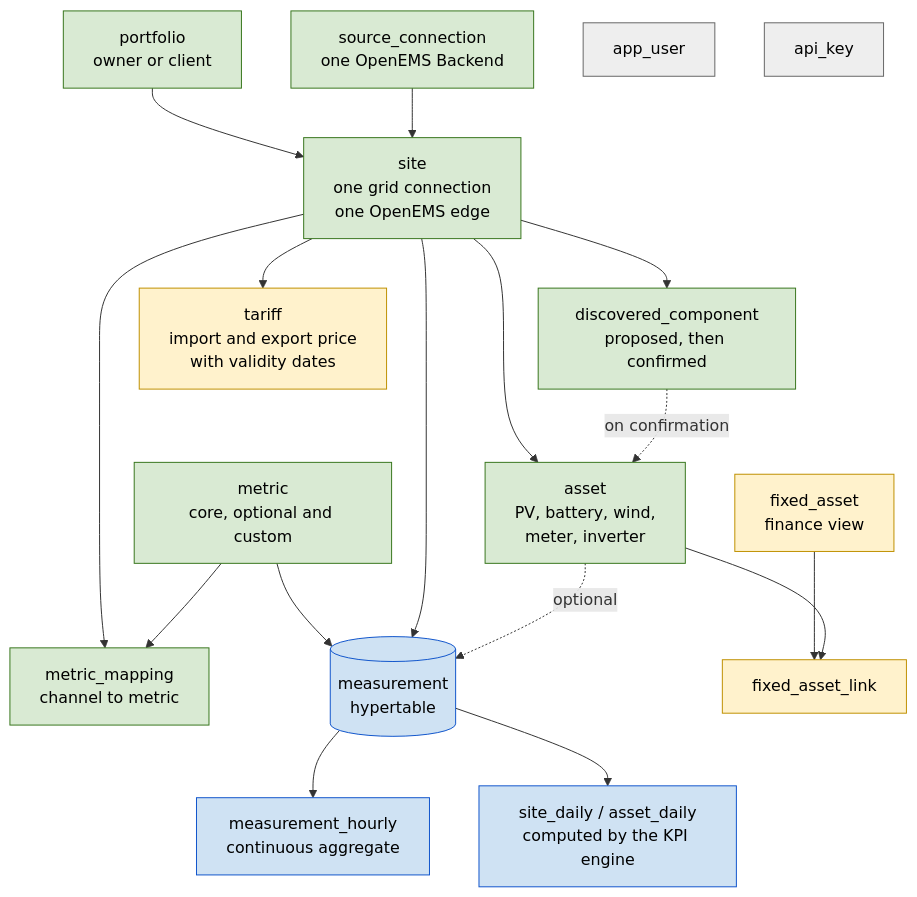
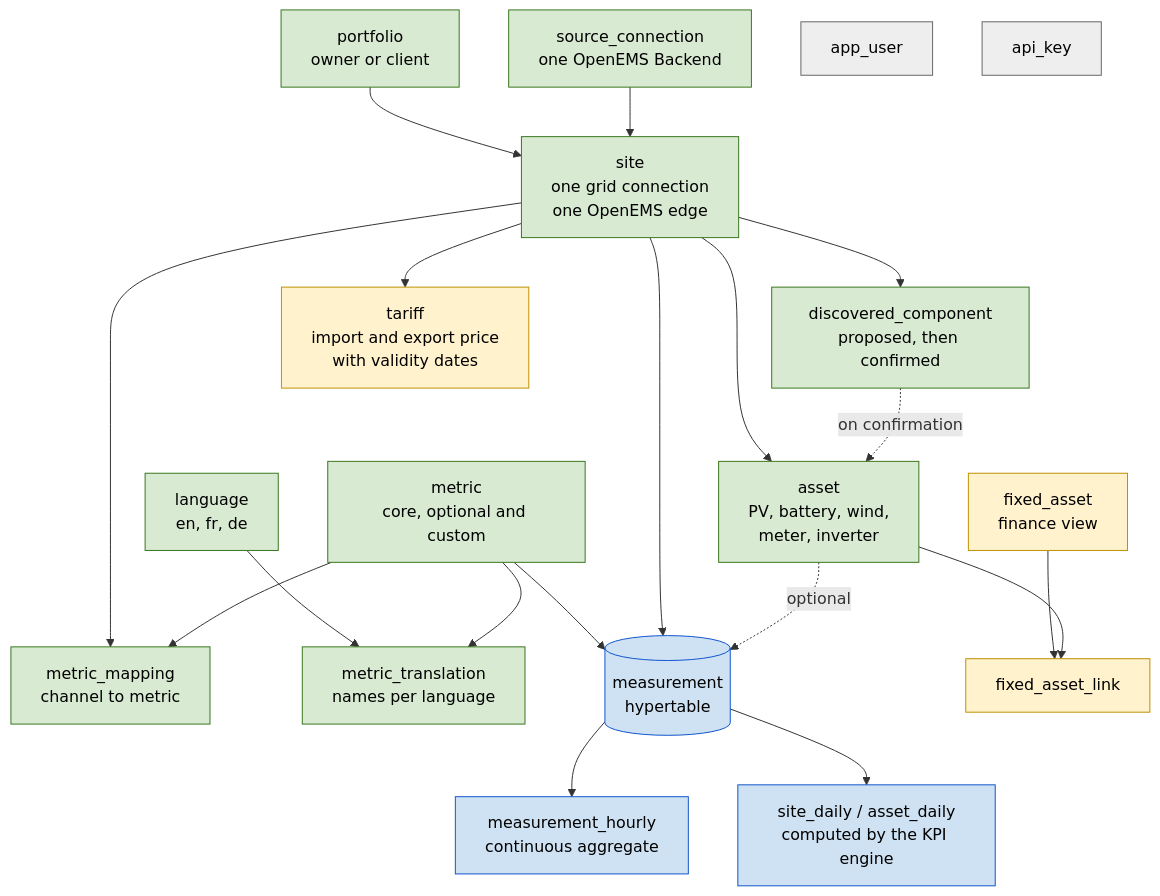
One commit to OpenFoundationRenewableOperationGrids/rada-backend changed the diagram in docs/DATA_MODEL.md. Above: the diagram before and after it, drawn with Mermaid. The commit also changed other lines of this file, not shown here.

Commit message:
docs(data-model): add language tables and German names, seed files in TOML (BE-02)

````diff
--- a/docs/DATA_MODEL.md
+++ b/docs/DATA_MODEL.md
@@ -11,29 +11,31 @@
 ```mermaid
 flowchart TD
     PF["portfolio<br>owner or client"] --> ST["site<br>one grid connection<br>one OpenEMS edge"]
     SC["source_connection<br>one OpenEMS Backend"] --> ST
     ST --> AS["asset<br>PV, battery, wind,<br>meter, inverter"]
     ST --> DC["discovered_component<br>proposed, then confirmed"]
     DC -.->|"on confirmation"| AS
     ST --> TF["tariff<br>import and export price<br>with validity dates"]
     ST --> MM["metric_mapping<br>channel to metric"]
     MC["metric<br>core, optional and custom"] --> MM
+    LG["language<br>en, fr, de"] --> MT["metric_translation<br>names per language"]
+    MC --> MT
     MC --> ME
     ST --> ME[("measurement<br>hypertable")]
     AS -.->|"optional"| ME
     ME --> MH["measurement_hourly<br>continuous aggregate"]
     ME --> SD["site_daily / asset_daily<br>computed by the KPI engine"]
     FA["fixed_asset<br>finance view"] --> FL["fixed_asset_link"]
     AS --> FL
     US["app_user"]
     AK["api_key"]
 
     classDef ref fill:#d9ead3,stroke:#38761d,color:#000
     classDef ts fill:#cfe2f3,stroke:#1155cc,color:#000
     classDef fin fill:#fff2cc,stroke:#bf9000,color:#000
     classDef sec fill:#eeeeee,stroke:#666666,color:#000
-    class PF,SC,ST,AS,DC,MC,MM ref
+    class PF,SC,ST,AS,DC,MC,MM,LG,MT ref
     class ME,MH,SD ts
     class TF,FA,FL fin
     class US,AK sec
 ```
````
